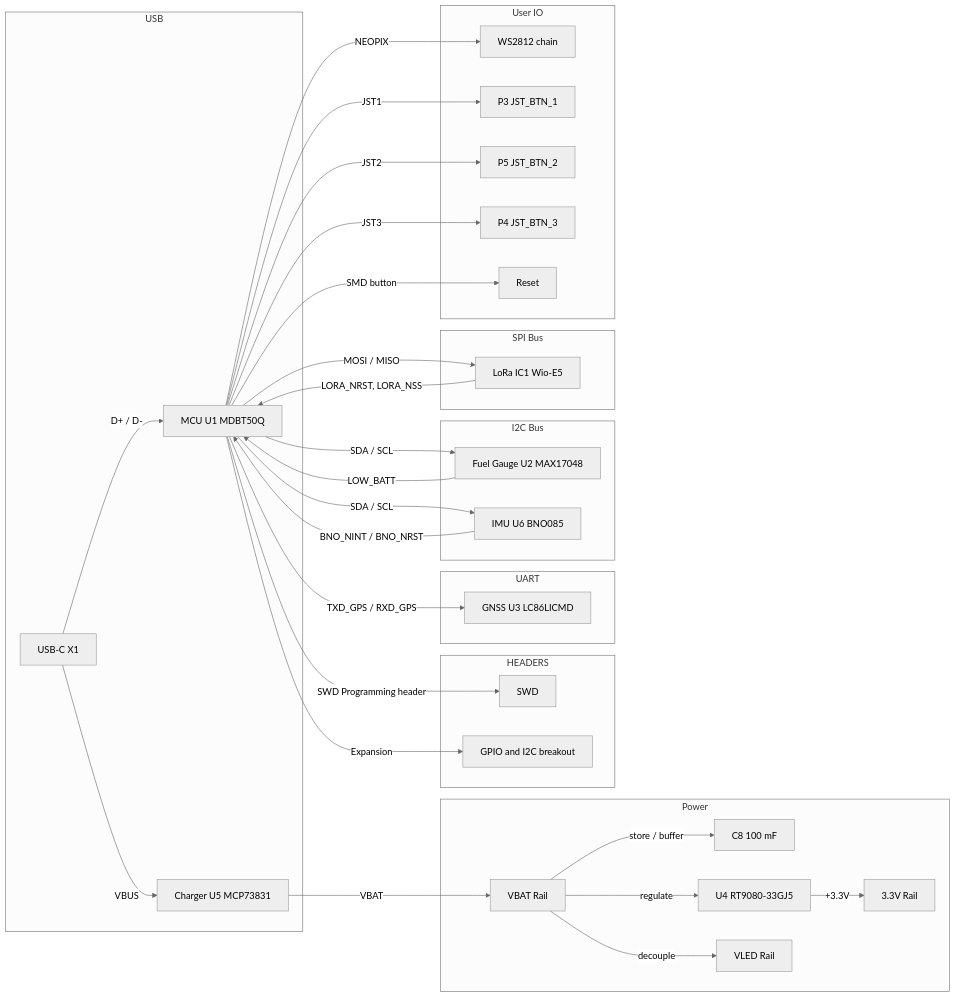
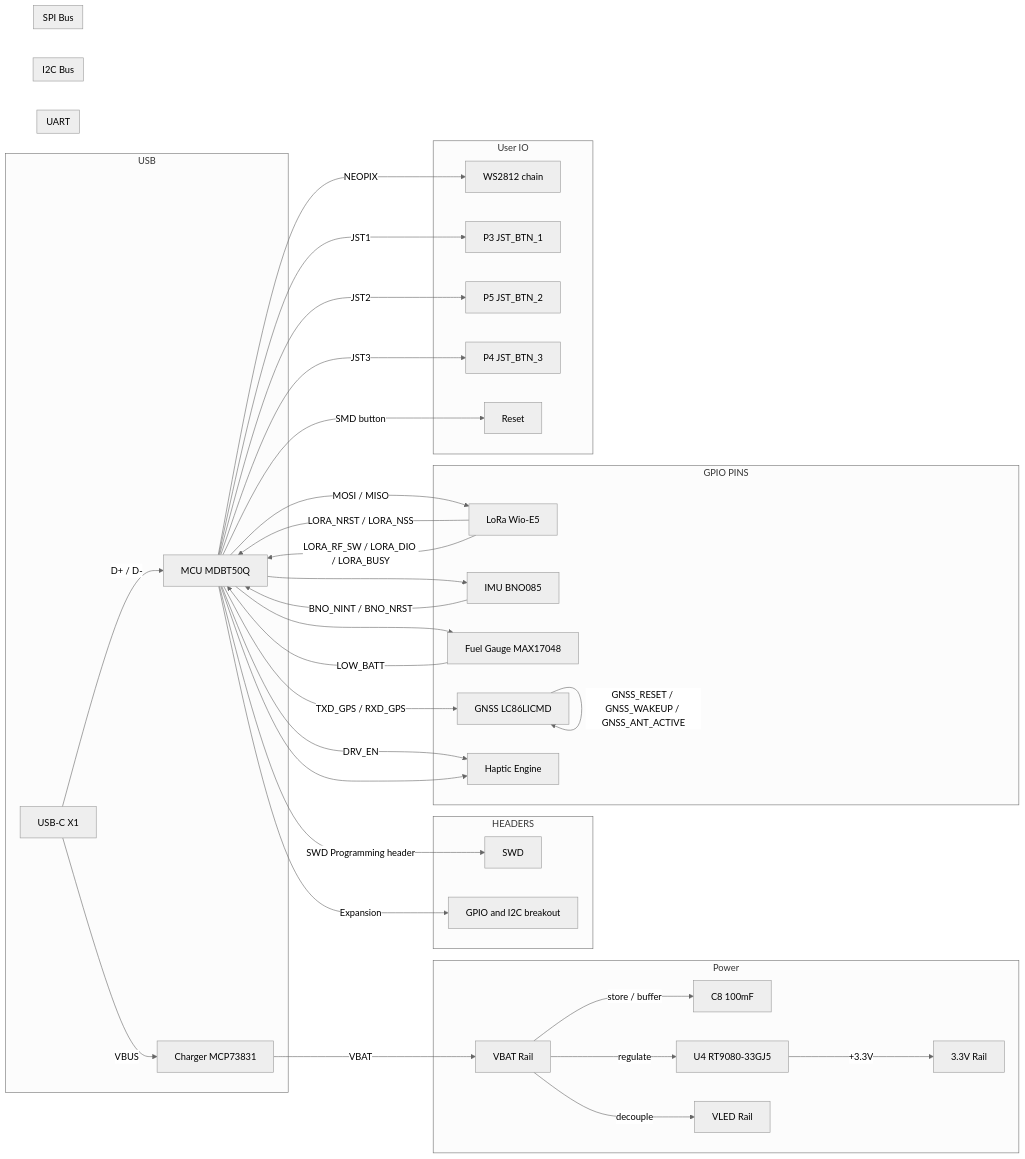
The diagram in Medallion_Board/board_components.md (wildjames/smart_compass), drawn with Mermaid (neutral theme) before and after one commit. The commit also changed other lines of this file and 2 other files, not shown here.

Commit message:
Update the board components, and assign footprints and BOM stuff to haptics

````diff
--- a/Medallion_Board/board_components.md
+++ b/Medallion_Board/board_components.md
@@ -30,44 +12,51 @@
 ```mermaid
 flowchart LR
     subgraph "USB"
-        USBC[USB-C X1] -->|D+ / D-| MCU[MCU U1 MDBT50Q]
-        USBC -->|VBUS| CHARGER[Charger U5 MCP73831]
+        USBC[USB-C X1] -->|D+ / D-| MCU[MCU MDBT50Q]
+        USBC -->|VBUS| CHARGER[Charger MCP73831]
     end
 
     subgraph "Power"
         CHARGER -->|VBAT| VBAT[VBAT Rail]
-        VBAT -->|store / buffer| SUPERCAP[C8 100 mF]
+        VBAT -->|store / buffer| SUPERCAP[C8 100mF]
         VBAT -->|regulate| LDO[U4 RT9080-33GJ5]
         VBAT -->|decouple| VLED[VLED Rail]
         LDO -->|+3.3V| VDD[3.3V Rail]
     end
 
     subgraph "HEADERS"
         MCU -->|SWD Programming header| SWD[SWD]
         MCU -->|Expansion| HEADER[GPIO and I2C breakout]
     end
 
+    subgraph "GPIO PINS"
+        LORA[LoRa Wio-E5] -->|LORA_NRST / LORA_NSS| MCU
+        LORA[LoRa Wio-E5] -->|LORA_RF_SW / LORA_DIO / LORA_BUSY| MCU
+        IMU[IMU BNO085] -->|BNO_NINT / BNO_NRST| MCU
+        FUEL[Fuel Gauge MAX17048] -->|LOW_BATT| MCU
+        GNSS -->|GNSS_RESET / GNSS_WAKEUP / GNSS_ANT_ACTIVE| GNSS[GNSS LC86LICMD]
+        MCU -->|DRV_EN| HAPTIC[Haptic Engine]
+    end
+
     subgraph "UART"
-        MCU -->|TXD_GPS / RXD_GPS| GNSS[GNSS U3 LC86LICMD]
+        MCU -->|TXD_GPS / RXD_GPS| GNSS
     end
 
     subgraph "I2C Bus"
-        MCU -->|SDA / SCL| FUEL[Fuel Gauge U2 MAX17048]
-        MCU -->|SDA / SCL| IMU[IMU U6 BNO085]
-        FUEL -->|LOW_BATT| MCU
-        IMU -->|BNO_NINT / BNO_NRST| MCU
+        MCU --> FUEL
+        MCU --> IMU
+        MCU --> HAPTIC
     end
 
     subgraph "SPI Bus"
-        MCU -->|MOSI / MISO| LORA[LoRa IC1 Wio-E5]
-        LORA -->|LORA_NRST, LORA_NSS| MCU
+        MCU -->|MOSI / MISO| LORA
     end
 
     subgraph "User IO"
         MCU -->|NEOPIX| LEDS[WS2812 chain]
         MCU -->|JST1| BTN1[P3 JST_BTN_1]
         MCU -->|JST2| BTN2[P5 JST_BTN_2]
         MCU -->|JST3| BTN3[P4 JST_BTN_3]
         MCU -->|SMD button| SW[Reset]
     end
 ```
````
